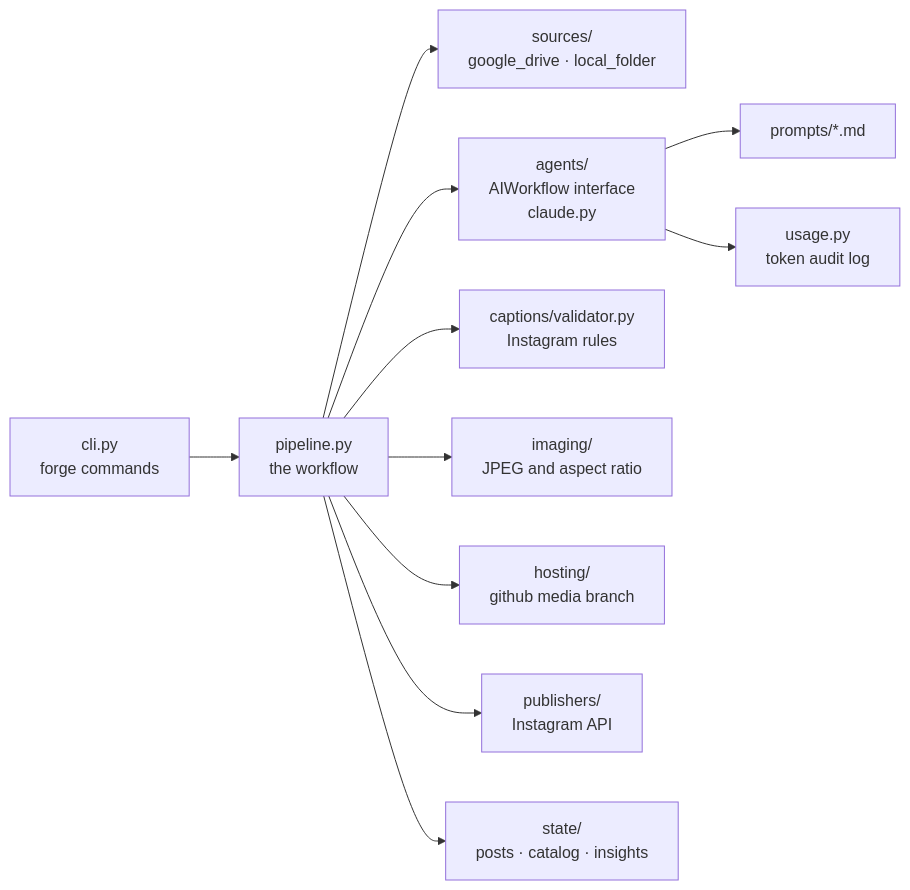
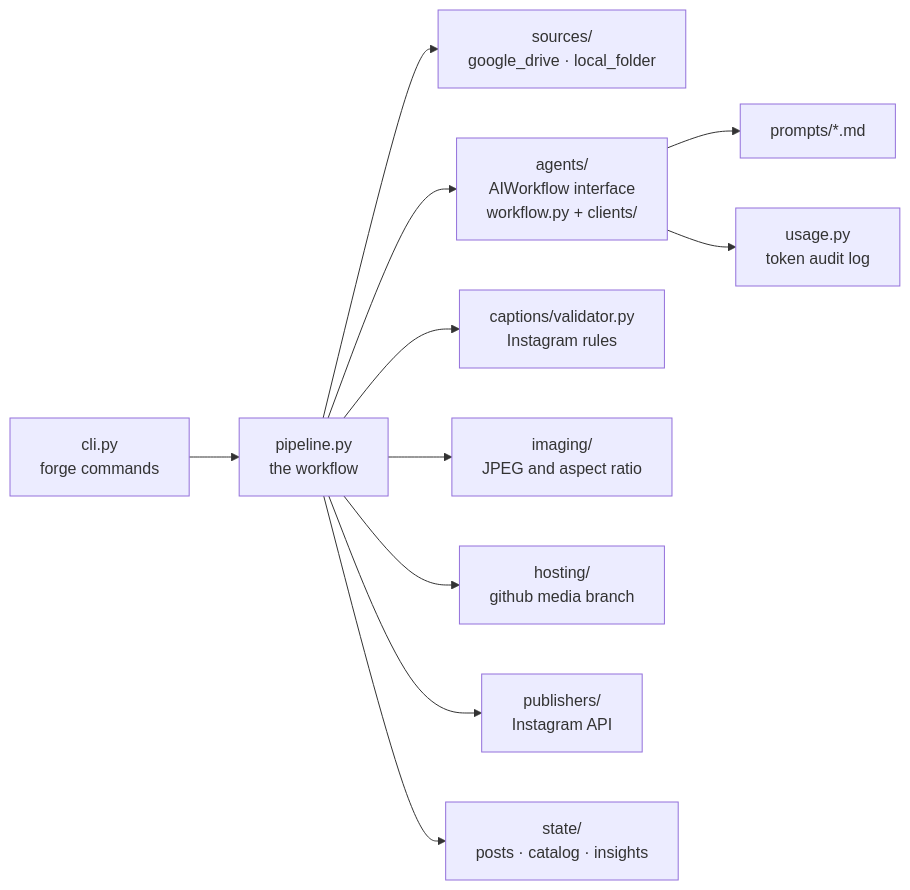
The third of 3 diagrams in docs/ARCHITECTURE.md (sritajkumarpatel/instaPostsForge), drawn with Mermaid before and after one commit. The commit also changed 11 other files, not shown here.

First line of the commit message:
Split the Claude agents into a shared workflow and a Claude client

````diff
--- a/docs/ARCHITECTURE.md
+++ b/docs/ARCHITECTURE.md
@@ -65,13 +65,13 @@
 ```mermaid
 flowchart LR
     CLI["cli.py<br/>forge commands"] --> Pipeline["pipeline.py<br/>the workflow"]
     Pipeline --> Sources["sources/<br/>google_drive · local_folder"]
-    Pipeline --> Agents["agents/<br/>AIWorkflow interface<br/>claude.py"]
+    Pipeline --> Agents["agents/<br/>AIWorkflow interface<br/>workflow.py + clients/"]
     Agents --> Prompts["prompts/*.md"]
     Agents --> Usage["usage.py<br/>token audit log"]
     Pipeline --> Rules["captions/validator.py<br/>Instagram rules"]
     Pipeline --> Imaging["imaging/<br/>JPEG and aspect ratio"]
     Pipeline --> Hosting["hosting/<br/>github media branch"]
     Pipeline --> Publishers["publishers/<br/>Instagram API"]
     Pipeline --> StateMod["state/<br/>posts · catalog · insights"]
 ```
````
